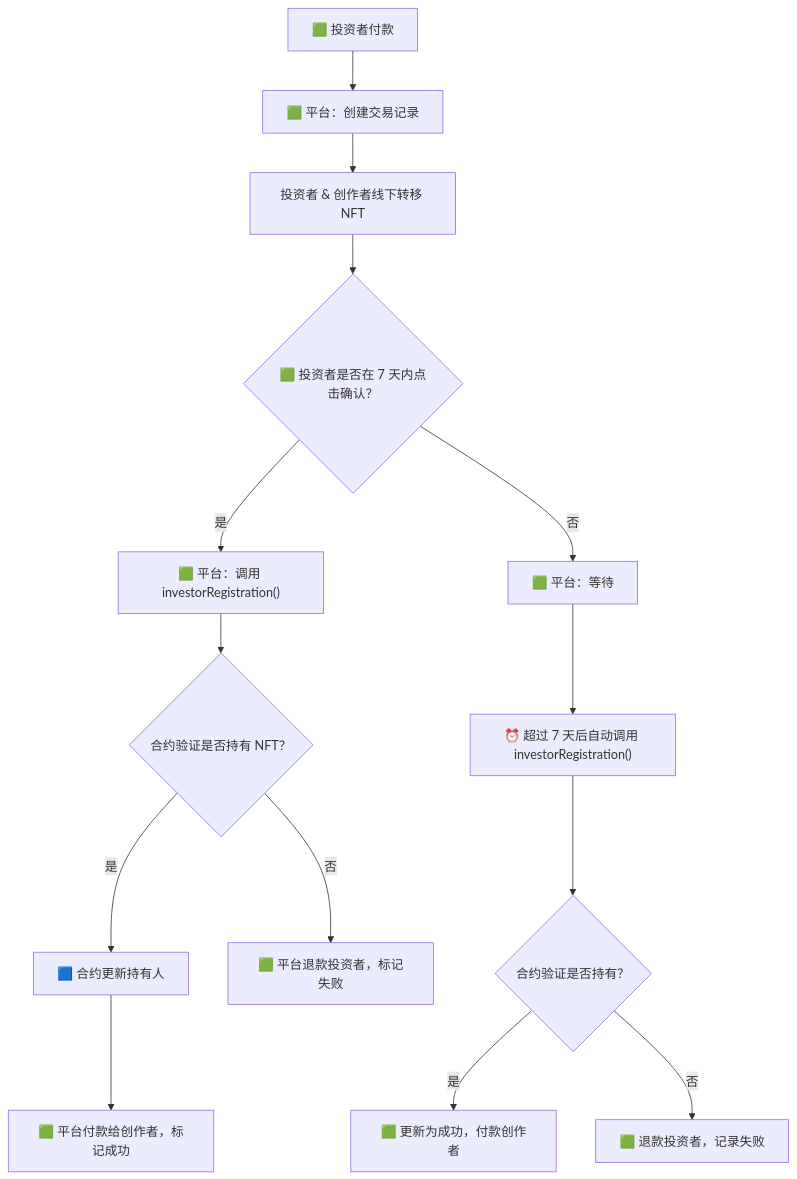
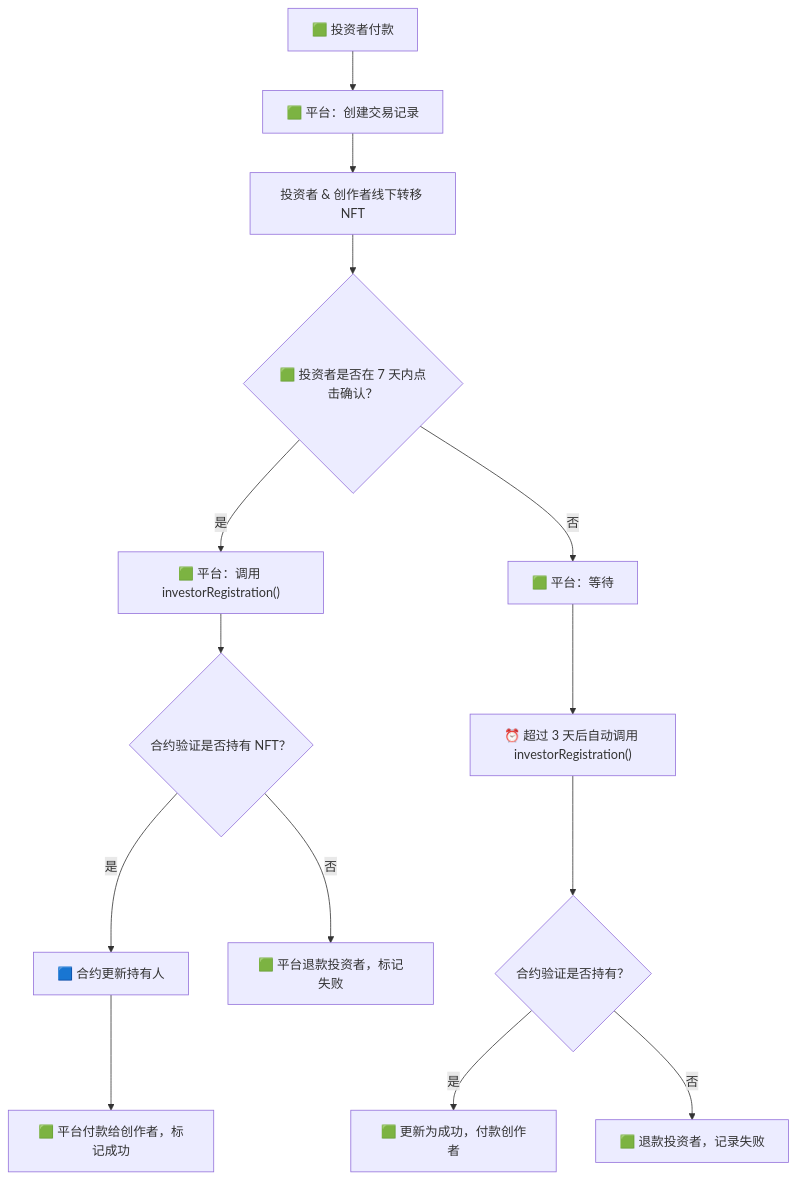
Before and after one commit to CSzLong/my-foundry-project: the third of 4 diagrams in README.md, drawn with Mermaid. The commit also changed other lines of this file and 2 other files, not shown here.

````diff
--- a/README.md
+++ b/README.md
@@ -58,18 +46,18 @@
 ```mermaid
 graph TD
     A["🟩 投资者付款"] --> B["🟩 平台：创建交易记录"]
     B --> C["投资者 & 创作者线下转移 NFT"]
     C --> D{"🟩 投资者是否在 7 天内点击确认？"}
 
     D -- 是 --> E["🟩 平台：调用 investorRegistration()"]
     E --> F{"合约验证是否持有 NFT？"}
     F -- 是 --> G["🟦 合约更新持有人"]
     G --> H["🟩 平台付款给创作者，标记成功"]
     F -- 否 --> I["🟩 平台退款投资者，标记失败"]
 
     D -- 否 --> J["🟩 平台：等待"]
-    J --> K["⏰ 超过 7 天后自动调用 investorRegistration()"]
+    J --> K["⏰ 超过 3 天后自动调用 investorRegistration()"]
     K --> L{"合约验证是否持有？"}
     L -- 是 --> M["🟩 更新为成功，付款创作者"]
     L -- 否 --> N["🟩 退款投资者，记录失败"]
 ```
````
